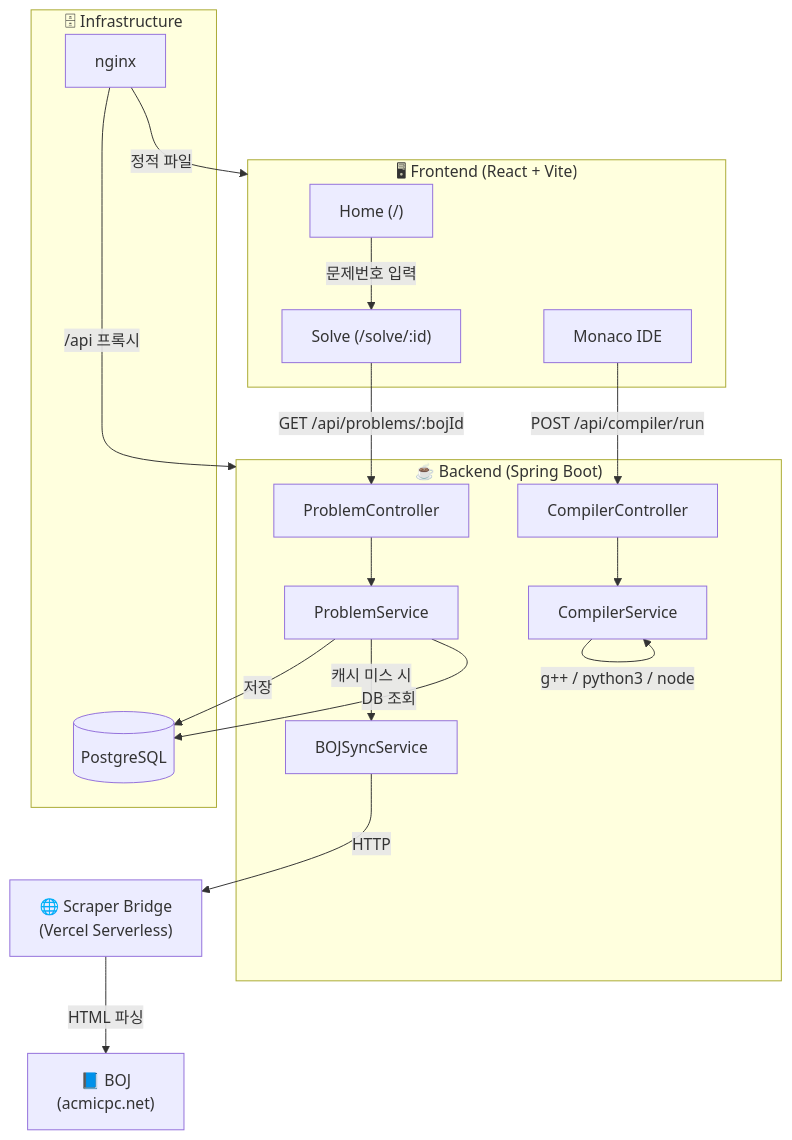
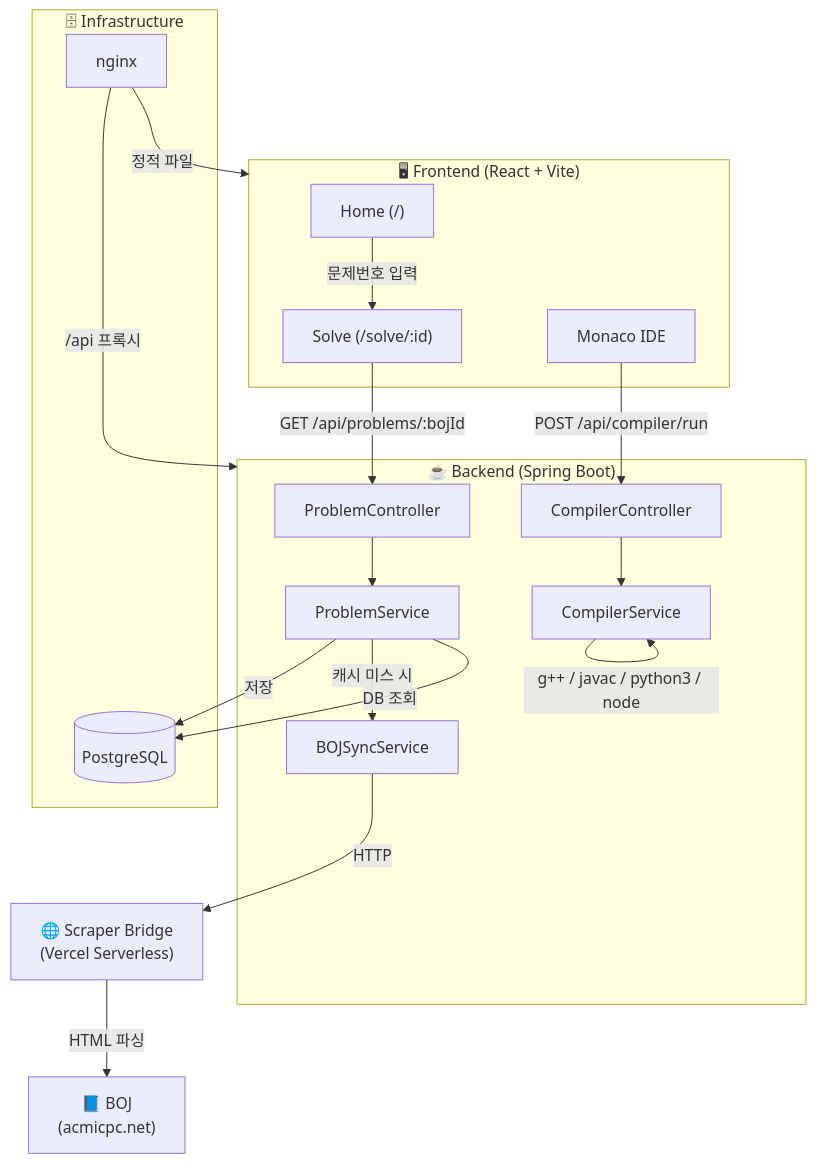
The first of 2 diagrams in README.md (Jyeon324/psgrammers), drawn with Mermaid before and after one commit. The commit also changed other lines of this file and 1 other file, not shown here.

````diff
--- a/README.md
+++ b/README.md
@@ -12,40 +12,40 @@
 ```mermaid
 graph TB
     subgraph Client ["🖥 Frontend (React + Vite)"]
         Home["Home (/)"]
         Solve["Solve (/solve/:id)"]
         IDE["Monaco IDE"]
     end
 
     subgraph Server ["☕ Backend (Spring Boot)"]
         PC["ProblemController"]
         CC["CompilerController"]
         PS["ProblemService"]
         CS["CompilerService"]
         Sync["BOJSyncService"]
     end
 
     subgraph Infra ["🗄 Infrastructure"]
         DB[(PostgreSQL)]
         Nginx["nginx"]
     end
 
     Bridge["🌐 Scraper Bridge\n(Vercel Serverless)"]
     BOJ["📘 BOJ\n(acmicpc.net)"]
 
     Home -->|문제번호 입력| Solve
     Solve -->|GET /api/problems/:bojId| PC
     IDE -->|POST /api/compiler/run| CC
 
     PC --> PS
     CC --> CS
     PS -->|DB 조회| DB
     PS -->|캐시 미스 시| Sync
     Sync -->|HTTP| Bridge
     Bridge -->|HTML 파싱| BOJ
     PS -->|저장| DB
-    CS -->|g++ / python3 / node| CS
+    CS -->|g++ / javac / python3 / node| CS
 
     Nginx -->|정적 파일| Client
     Nginx -->|/api 프록시| Server
 ```
````
